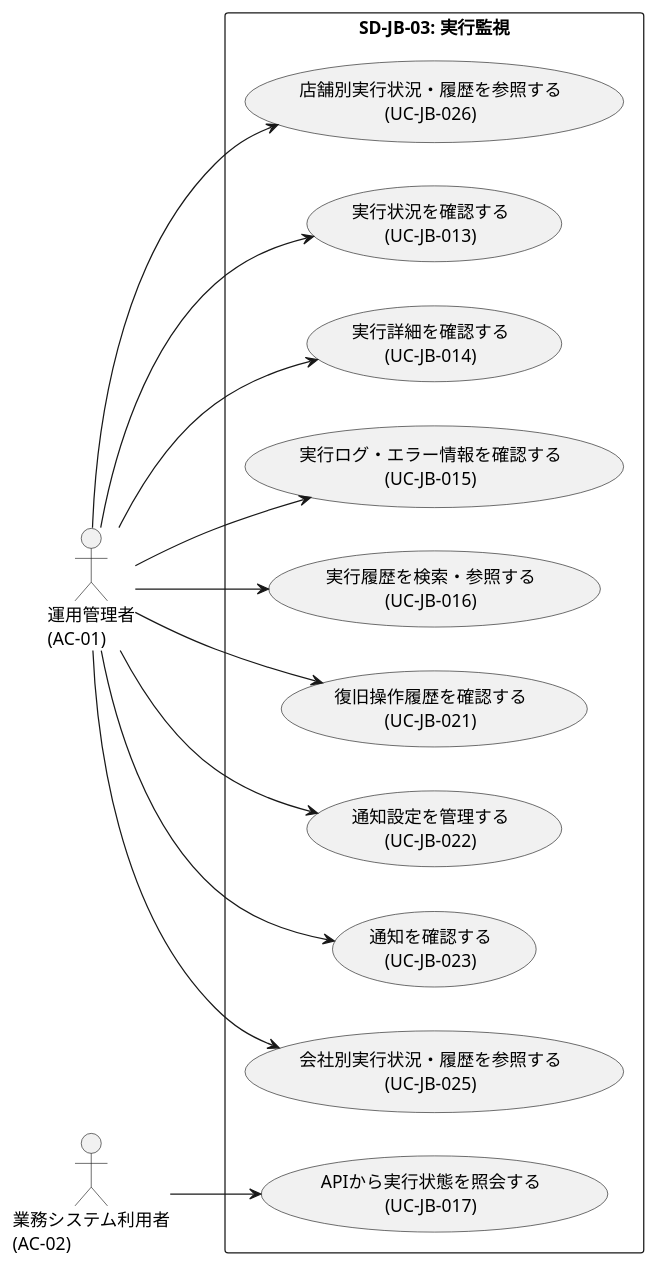
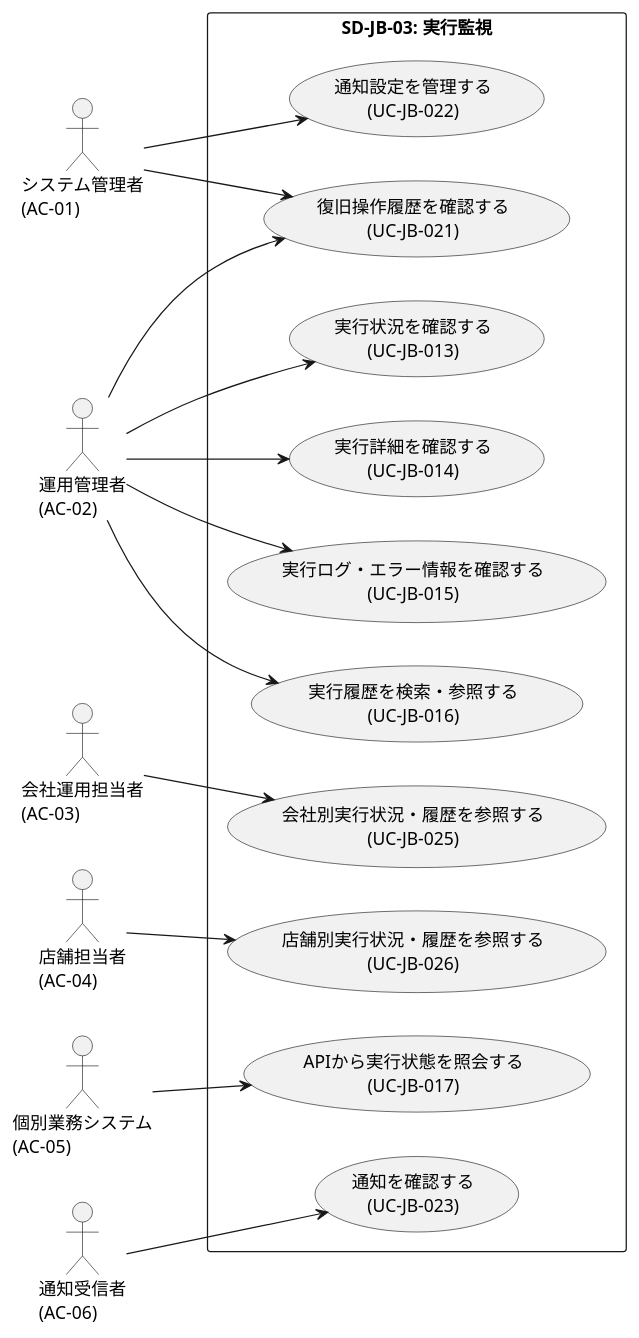
One commit to mizo432/modulith-learning changed the third of 5 diagrams in docs/22 要件定義書/JB ジョブ管理/03 機能要件/JB-01 ジョブ実行管理/04.システム/08.DDDモデル候補/サブドメイン毎ユースケース図.md. Above: the diagram before and after it, drawn with PlantUML. The commit also changed other lines of this file and 96 other files, not shown here.

````diff
--- a/docs/22 要件定義書/JB ジョブ管理/03 機能要件/JB-01 ジョブ実行管理/04.システム/08.DDDモデル候補/サブドメイン毎ユースケース図.md
+++ b/docs/22 要件定義書/JB ジョブ管理/03 機能要件/JB-01 ジョブ実行管理/04.システム/08.DDDモデル候補/サブドメイン毎ユースケース図.md
@@ -132,34 +133,39 @@
 ```plantuml
 @startuml
 left to right direction
 skinparam packageStyle rectangle
 
-actor "運用管理者\n(AC-01)" as AC01
-actor "業務システム利用者\n(AC-02)" as AC02
+actor "システム管理者\n(AC-01)" as AC01
+actor "運用管理者\n(AC-02)" as AC02
+actor "会社運用担当者\n(AC-03)" as AC03
+actor "店舗担当者\n(AC-04)" as AC04
+actor "個別業務システム\n(AC-05)" as AC05
+actor "通知受信者\n(AC-06)" as AC06
 
 package "SD-JB-03: 実行監視" {
   usecase "実行状況を確認する\n(UC-JB-013)" as UC013
   usecase "実行詳細を確認する\n(UC-JB-014)" as UC014
   usecase "実行ログ・エラー情報を確認する\n(UC-JB-015)" as UC015
   usecase "実行履歴を検索・参照する\n(UC-JB-016)" as UC016
   usecase "APIから実行状態を照会する\n(UC-JB-017)" as UC017
   usecase "復旧操作履歴を確認する\n(UC-JB-021)" as UC021
   usecase "通知設定を管理する\n(UC-JB-022)" as UC022
   usecase "通知を確認する\n(UC-JB-023)" as UC023
   usecase "会社別実行状況・履歴を参照する\n(UC-JB-025)" as UC025
   usecase "店舗別実行状況・履歴を参照する\n(UC-JB-026)" as UC026
 }
 
-AC01 --> UC013
-AC01 --> UC014
-AC01 --> UC015
-AC01 --> UC016
 AC01 --> UC021
 AC01 --> UC022
-AC01 --> UC023
-AC01 --> UC025
-AC01 --> UC026
-AC02 --> UC017
+AC02 --> UC013
+AC02 --> UC014
+AC02 --> UC015
+AC02 --> UC016
+AC02 --> UC021
+AC03 --> UC025
+AC04 --> UC026
+AC05 --> UC017
+AC06 --> UC023
 
 @enduml
 ```
````
